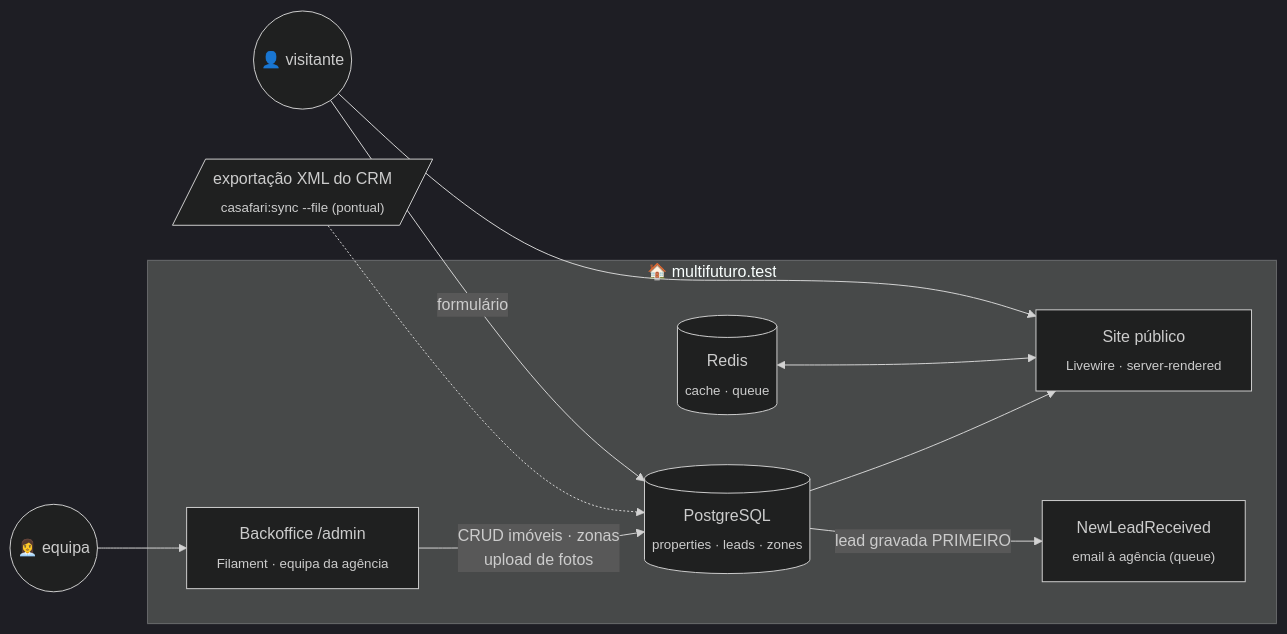
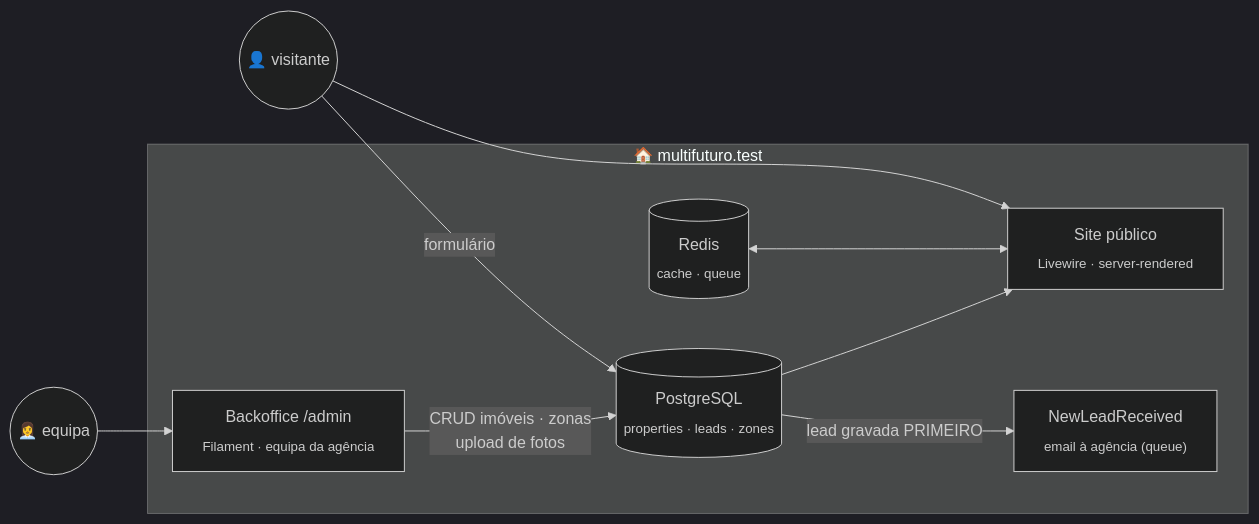
One commit to Davide5fonseca/Multifuturo changed the diagram in README.md. Above: the diagram before and after it, drawn with Mermaid (dark theme). The commit also changed other lines of this file and 29 other files, not shown here.

````diff
--- a/README.md
+++ b/README.md
@@ -43,24 +42,22 @@
 ```mermaid
 flowchart LR
     subgraph APP["🏠 multifuturo.test"]
         BO["Backoffice /admin<br><sub>Filament · equipa da agência</sub>"]
         DB[("PostgreSQL<br><sub>properties · leads · zones</sub>")]
         CACHE[("Redis<br><sub>cache · queue</sub>")]
         SITE["Site público<br><sub>Livewire · server-rendered</sub>"]
         MAIL["NewLeadReceived<br><sub>email à agência (queue)</sub>"]
     end
 
     E(("👩‍💼 equipa"))
     V(("👤 visitante"))
-    X[/"exportação XML do CRM<br><sub>casafari:sync --file (pontual)</sub>"/]
 
     E --> BO
     BO -->|"CRUD imóveis · zonas<br>upload de fotos"| DB
-    X -.-> DB
     DB --> SITE
     CACHE <--> SITE
     V --> SITE
     V -->|"formulário"| DB
     DB -->|"lead gravada PRIMEIRO"| MAIL
 
 ```
````
